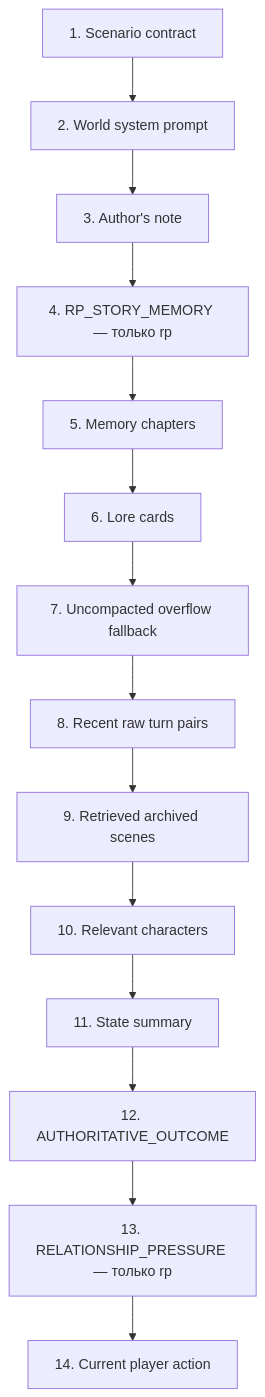
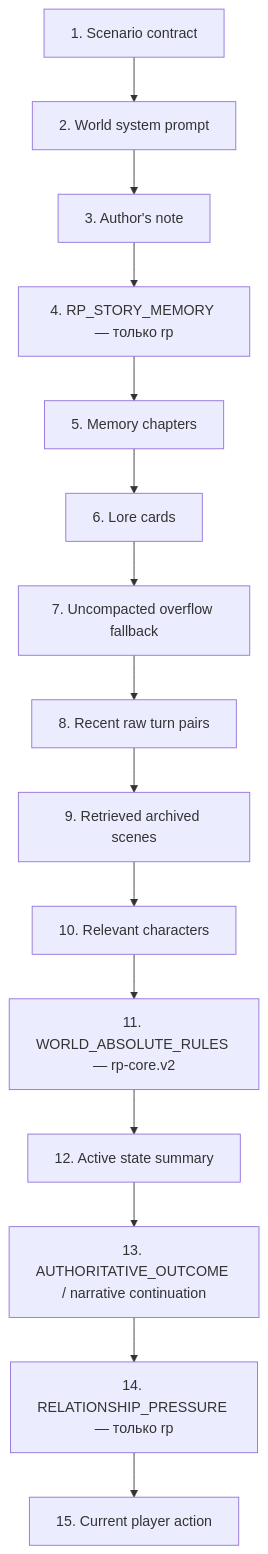
The diagram in docs/wiki/05-memory-and-retrieval.md (abykovwww-byte/ubuntu_ansible_palybooks), drawn with Mermaid before and after one commit. The commit also changed other lines of this file and 54 other files, not shown here.

````diff
--- a/docs/wiki/05-memory-and-retrieval.md
+++ b/docs/wiki/05-memory-and-retrieval.md
@@ -95,16 +102,17 @@
 ```mermaid
 flowchart TB
     A["1. Scenario contract"] --> B["2. World system prompt"]
     B --> C["3. Author's note"]
     C --> D["4. RP_STORY_MEMORY — только rp"]
     D --> E["5. Memory chapters"]
     E --> F["6. Lore cards"]
     F --> G["7. Uncompacted overflow fallback"]
     G --> H["8. Recent raw turn pairs"]
     H --> I["9. Retrieved archived scenes"]
     I --> J["10. Relevant characters"]
-    J --> K["11. State summary"]
-    K --> L["12. AUTHORITATIVE_OUTCOME"]
-    L --> R["13. RELATIONSHIP_PRESSURE — только rp"]
-    R --> M["14. Current player action"]
+    J --> W["11. WORLD_ABSOLUTE_RULES — rp-core.v2"]
+    W --> K["12. Active state summary"]
+    K --> L["13. AUTHORITATIVE_OUTCOME / narrative continuation"]
+    L --> R["14. RELATIONSHIP_PRESSURE — только rp"]
+    R --> M["15. Current player action"]
 ```
````
